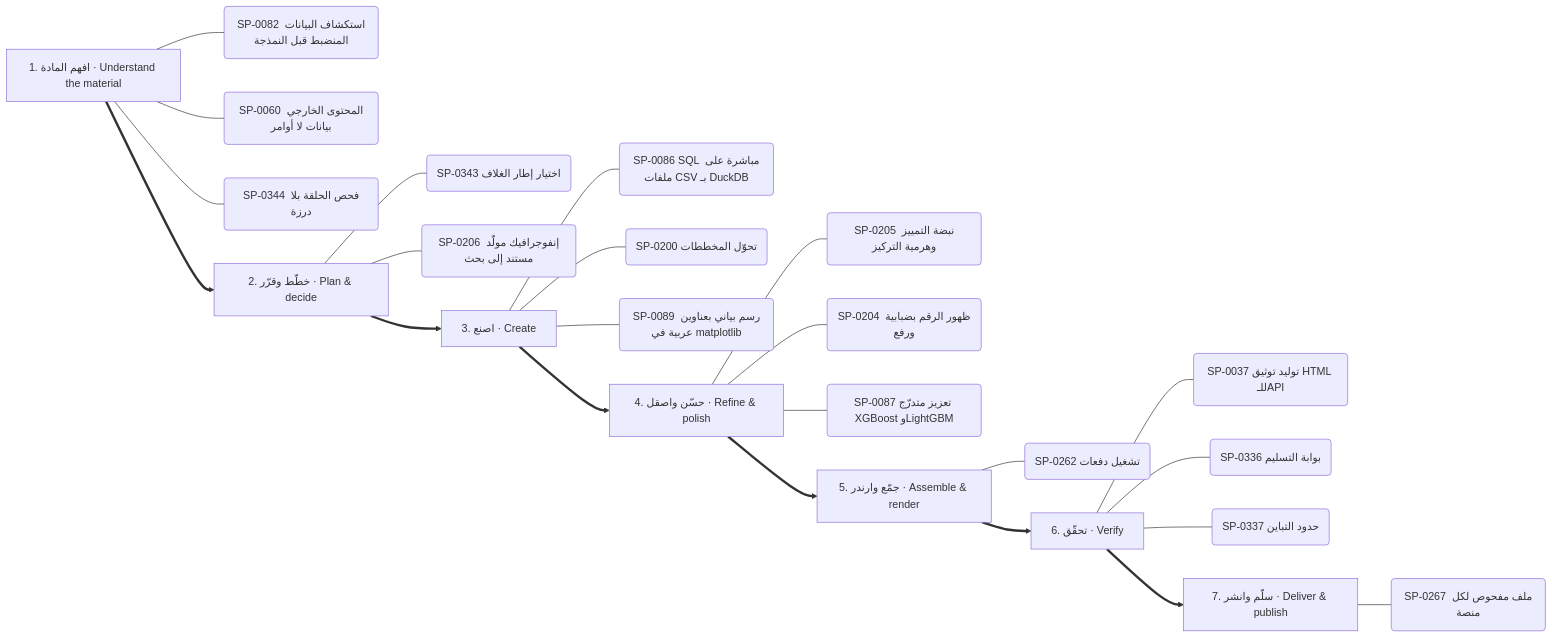
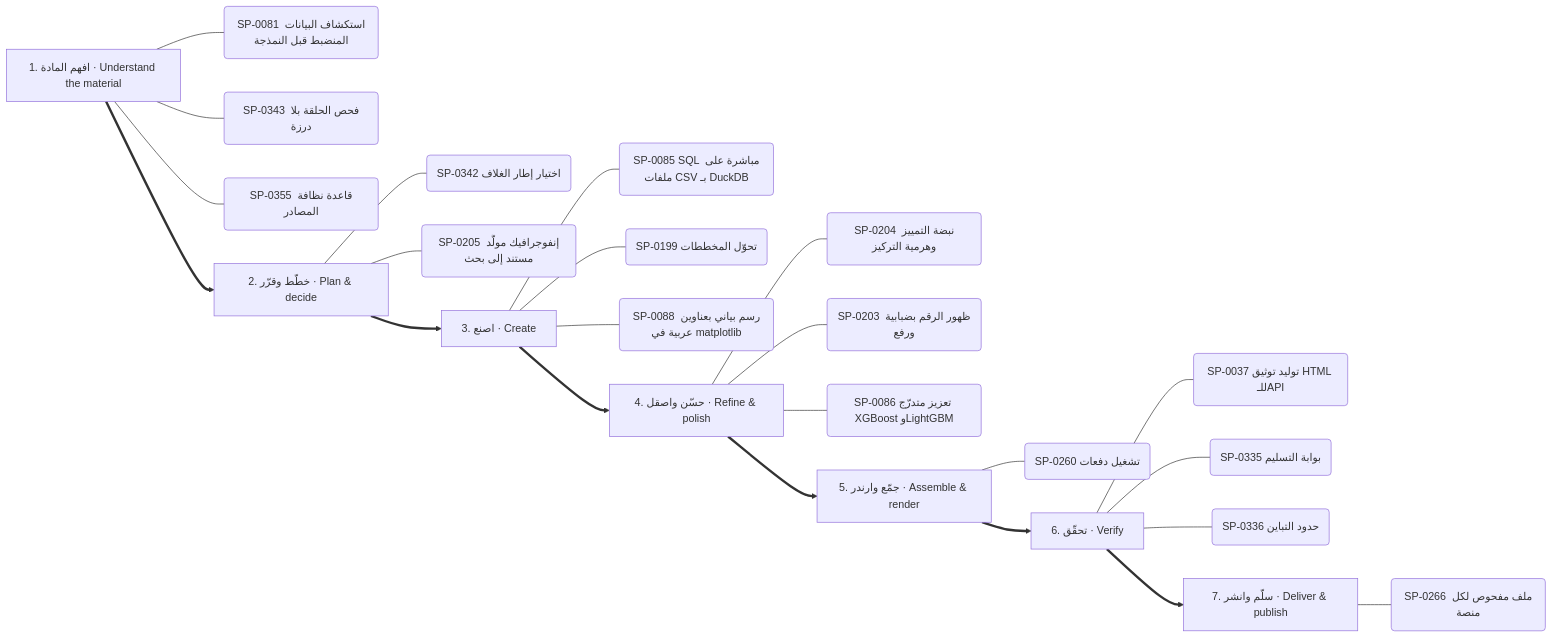
One commit to kosif199022-jpg/kosif-tool changed diagram 12 of 13 in .claude/skills/kosif-superpowers/references/capability-mindmap.md. Above: the diagram before and after it, drawn with Mermaid. The commit also changed other lines of this file and 41 other files, not shown here.

````diff
--- a/.claude/skills/kosif-superpowers/references/capability-mindmap.md
+++ b/.claude/skills/kosif-superpowers/references/capability-mindmap.md
@@ -593,32 +594,32 @@
 ```mermaid
 flowchart LR
   S0["1. افهم المادة · Understand the material"]
-  S0 --- S0_0("SP-0082 استكشاف البيانات المنضبط قبل النمذجة")
-  S0 --- S0_1("SP-0060 المحتوى الخارجي بيانات لا أوامر")
-  S0 --- S0_2("SP-0344 فحص الحلقة بلا درزة")
+  S0 --- S0_0("SP-0081 استكشاف البيانات المنضبط قبل النمذجة")
+  S0 --- S0_1("SP-0343 فحص الحلقة بلا درزة")
+  S0 --- S0_2("SP-0355 قاعدة نظافة المصادر")
   S1["2. خطّط وقرّر · Plan & decide"]
-  S1 --- S1_0("SP-0343 اختيار إطار الغلاف")
-  S1 --- S1_1("SP-0206 إنفوجرافيك مولَّد مستند إلى بحث")
+  S1 --- S1_0("SP-0342 اختيار إطار الغلاف")
+  S1 --- S1_1("SP-0205 إنفوجرافيك مولَّد مستند إلى بحث")
   S0 ==> S1
   S2["3. اصنع · Create"]
-  S2 --- S2_0("SP-0086 SQL مباشرة على ملفات CSV بـ DuckDB")
-  S2 --- S2_1("SP-0200 تحوّل المخططات")
-  S2 --- S2_2("SP-0089 رسم بياني بعناوين عربية في matplotlib")
+  S2 --- S2_0("SP-0085 SQL مباشرة على ملفات CSV بـ DuckDB")
+  S2 --- S2_1("SP-0199 تحوّل المخططات")
+  S2 --- S2_2("SP-0088 رسم بياني بعناوين عربية في matplotlib")
   S1 ==> S2
   S3["4. حسّن واصقل · Refine & polish"]
-  S3 --- S3_0("SP-0205 نبضة التمييز وهرمية التركيز")
-  S3 --- S3_1("SP-0204 ظهور الرقم بضبابية ورفع")
-  S3 --- S3_2("SP-0087 تعزيز متدرّج XGBoost وLightGBM")
+  S3 --- S3_0("SP-0204 نبضة التمييز وهرمية التركيز")
+  S3 --- S3_1("SP-0203 ظهور الرقم بضبابية ورفع")
+  S3 --- S3_2("SP-0086 تعزيز متدرّج XGBoost وLightGBM")
   S2 ==> S3
   S4["5. جمّع وارندر · Assemble & render"]
-  S4 --- S4_0("SP-0262 تشغيل دفعات")
+  S4 --- S4_0("SP-0260 تشغيل دفعات")
   S3 ==> S4
   S5["6. تحقّق · Verify"]
   S5 --- S5_0("SP-0037 توليد توثيق HTML للـAPI")
-  S5 --- S5_1("SP-0336 بوابة التسليم")
-  S5 --- S5_2("SP-0337 حدود التباين")
+  S5 --- S5_1("SP-0335 بوابة التسليم")
+  S5 --- S5_2("SP-0336 حدود التباين")
   S4 ==> S5
   S6["7. سلّم وانشر · Deliver & publish"]
-  S6 --- S6_0("SP-0267 ملف مفحوص لكل منصة")
+  S6 --- S6_0("SP-0266 ملف مفحوص لكل منصة")
   S5 ==> S6
 ```
````
